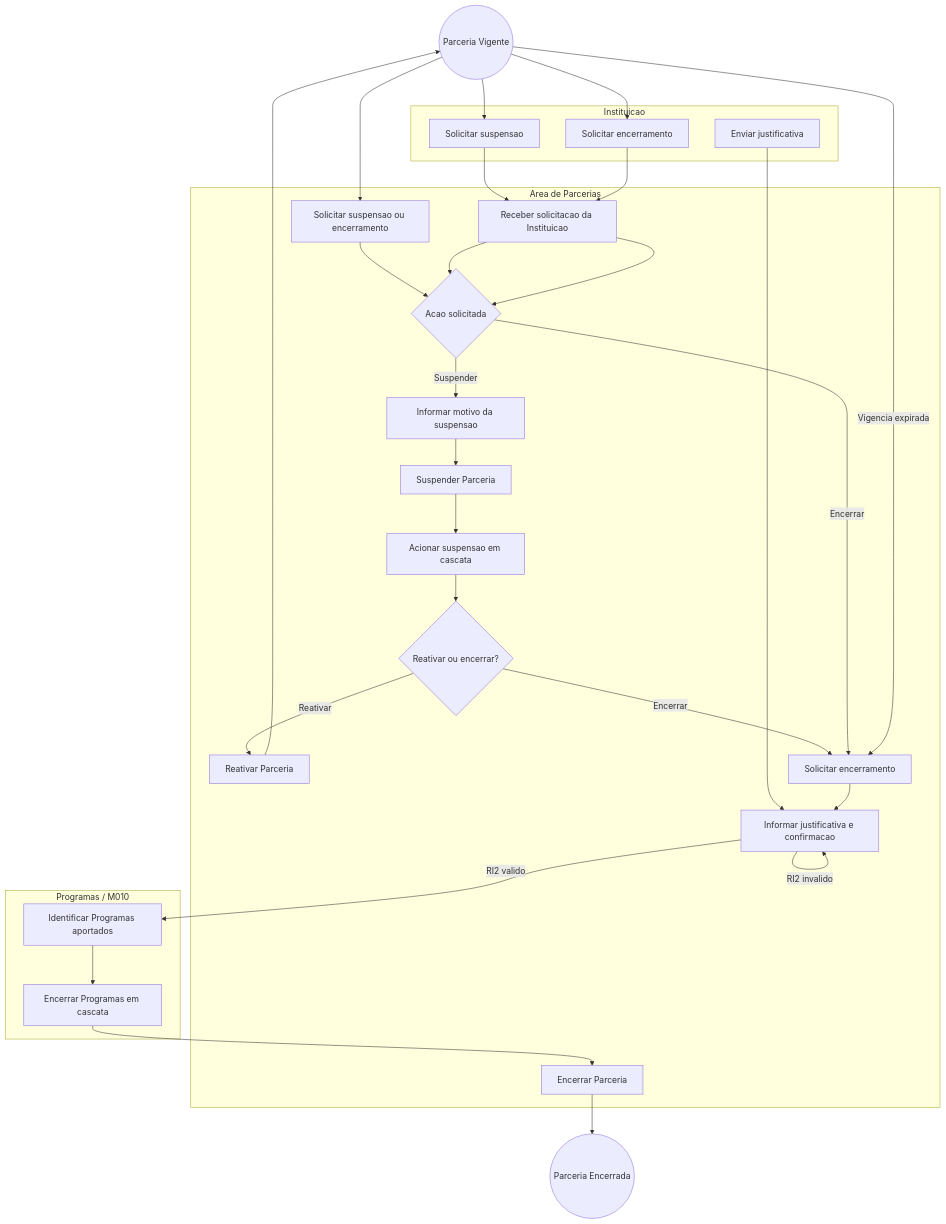
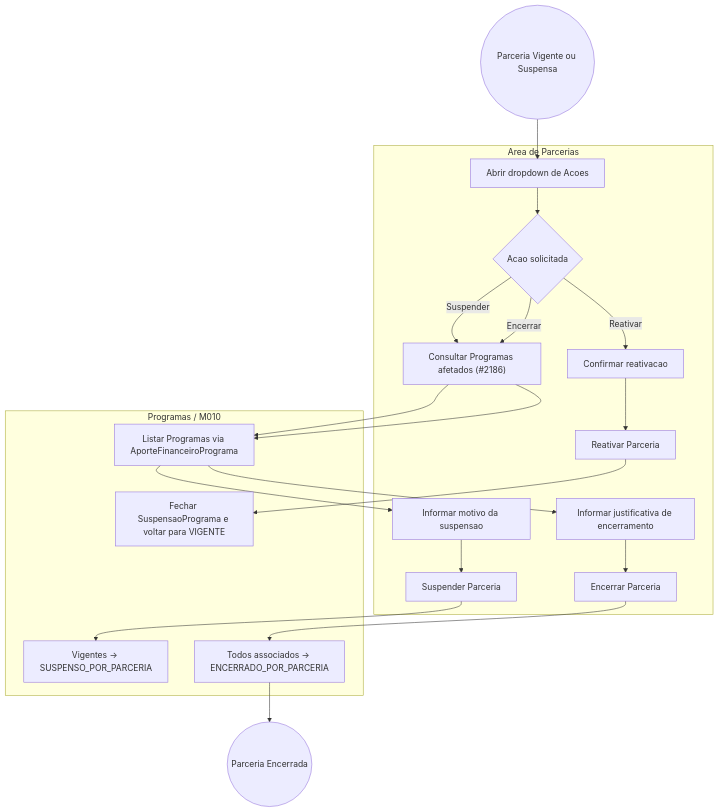
One commit to Czzped/conecta-fapes-teste changed the third of 4 diagrams in docs/implementation/modules/M010-planejamento-estrategia/parcerias/processo.md. Above: the diagram before and after it, drawn with Mermaid. The commit also changed other lines of this file and 20 other files, not shown here.

````diff
--- a/docs/implementation/modules/M010-planejamento-estrategia/parcerias/processo.md
+++ b/docs/implementation/modules/M010-planejamento-estrategia/parcerias/processo.md
@@ -129,45 +129,29 @@
 ```mermaid
 flowchart TB
-    inicio((Parceria Vigente))
+    inicio((Parceria Vigente ou Suspensa))
     fim((Parceria Encerrada))
 
-    subgraph instituicao["Instituicao"]
-        I1["Solicitar suspensao"]
-        I2["Solicitar encerramento"]
-        I3["Enviar justificativa"]
-    end
-
     subgraph area["Area de Parcerias"]
-        A0["Solicitar suspensao ou encerramento"]
-        A00["Receber solicitacao da Instituicao"]
+        A0["Abrir dropdown de Acoes"]
         G1{"Acao solicitada"}
-        A1["Informar motivo da suspensao"]
-        A2["Suspender Parceria"]
-        A8["Acionar suspensao em cascata"]
-        G2{"Reativar ou encerrar?"}
-        A3["Reativar Parceria"]
-        A4["Solicitar encerramento"]
-        A5["Informar justificativa e confirmacao"]
-        A6["Encerrar Parceria"]
+        A1["Consultar Programas afetados (#2186)"]
+        A2["Informar motivo da suspensao"]
+        A3["Suspender Parceria"]
+        A4["Confirmar reativacao"]
+        A5["Reativar Parceria"]
+        A6["Informar justificativa de encerramento"]
+        A7["Encerrar Parceria"]
     end
 
     subgraph programas["Programas / M010"]
-        P1["Identificar Programas aportados"]
-        P2["Encerrar Programas em cascata"]
+        P1["Listar Programas via AporteFinanceiroPrograma"]
+        P2["Vigentes -> SUSPENSO_POR_PARCERIA"]
+        P3["Fechar SuspensaoPrograma e voltar para VIGENTE"]
+        P4["Todos associados -> ENCERRADO_POR_PARCERIA"]
     end
 
     inicio --> A0 --> G1
-    inicio --> I1 --> A00 --> G1
-    inicio --> I2 --> A00 --> G1
-    I3 --> A5
-    G1 -- "Suspender" --> A1 --> A2 --> A8 --> G2
-    G2 -- "Reativar" --> A3 --> inicio
-    G2 -- "Encerrar" --> A4
-
-    G1 -- "Encerrar" --> A4
-    A4 --> A5
-    A5 -- "RI2 invalido" --> A5
-    A5 -- "RI2 valido" --> P1 --> P2 --> A6 --> fim
-
-    inicio -- "Vigencia expirada" --> A4
+    G1 -- "Suspender" --> A1 --> P1 --> A2 --> A3 --> P2
+    G1 -- "Reativar" --> A4 --> A5 --> P3
+    G1 -- "Encerrar" --> A1 --> P1 --> A6 --> A7 --> P4 --> fim
 ```
````
